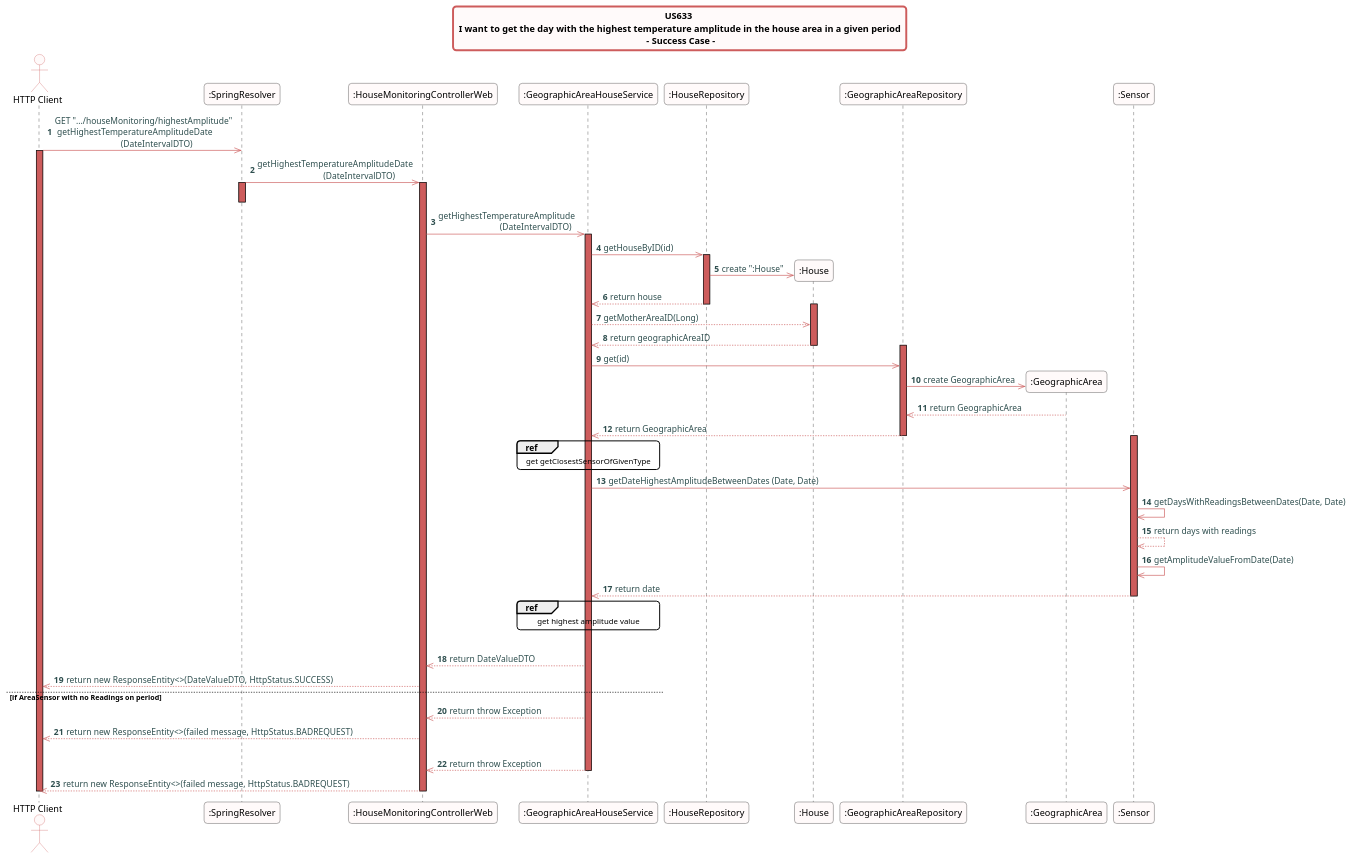
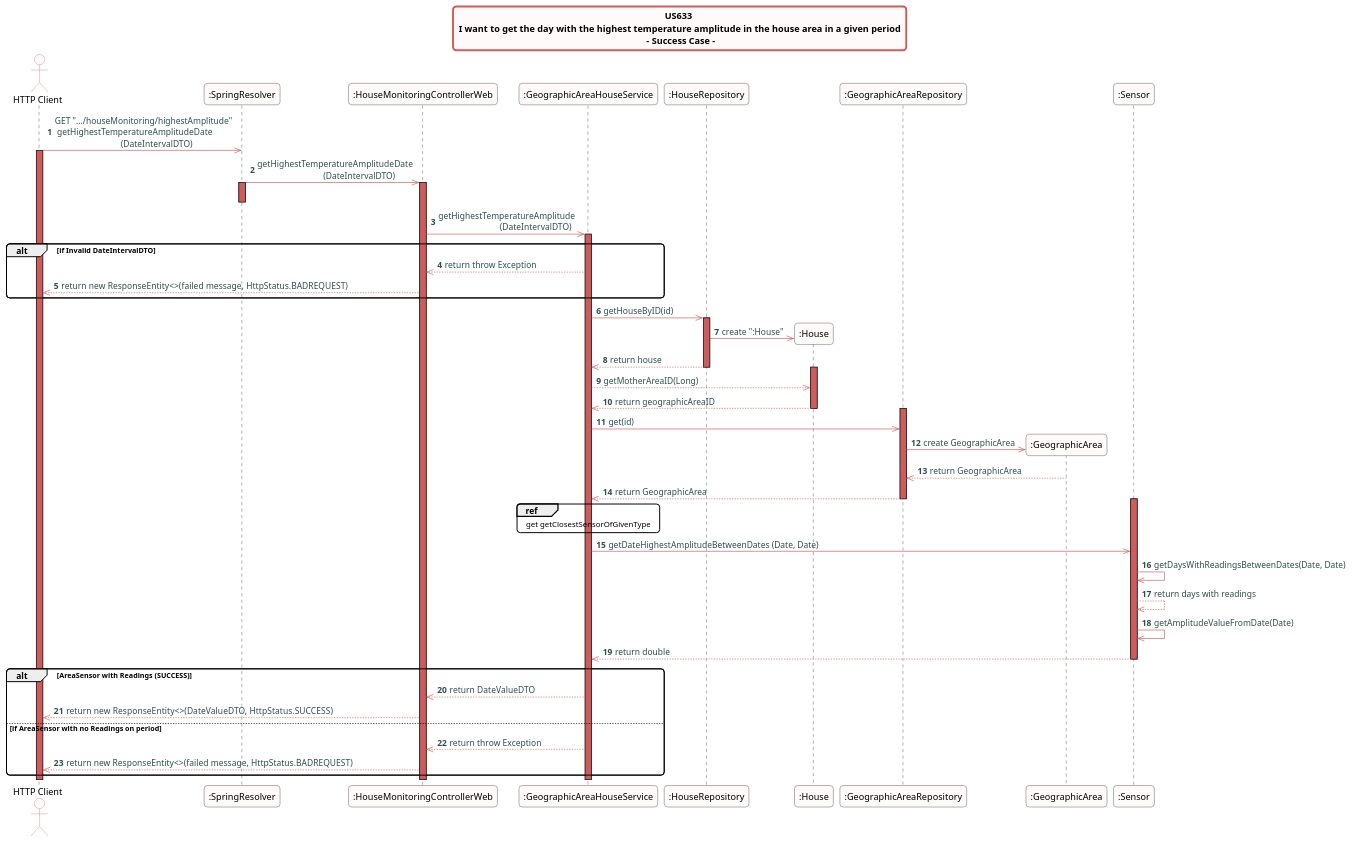
The diagram in src/doc/WEB_Controllers/HouseMonitoring/US633/US633_sd_HouseMonitoring.puml (Almadanmp/project), drawn with PlantUML before and after one commit.

Commit message:
REF #372 updates sequence Diagram - US633

```diff
--- a/src/doc/WEB_Controllers/HouseMonitoring/US633/US633_sd_HouseMonitoring.puml
+++ b/src/doc/WEB_Controllers/HouseMonitoring/US633/US633_sd_HouseMonitoring.puml
@@ -1,88 +1,86 @@
 @startuml
 skinparam titleBorderRoundCorner 10
 skinparam titleBorderThickness 3
 skinparam titleBorderColor indianred
 skinparam titleBackgroundColor snow
 skinparam FontName quicksand
 
 skinparam actor {
   BorderColor indianred
   backgroundColor Snow
   }
 
 skinparam sequence {
   LifeLineBackgroundColor indianred
   ParticipantBackgroundColor snow
 }
 
 skinparam roundcorner 10
 
 skinparam component {
   arrowThickness 1
   ArrowFontName Verdana
   ArrowColor indianred
   ArrowFontColor darkslategrey
 }
 
 
 title US633 \n I want to get the day with the highest temperature amplitude in the house area in a given period \n - Success Case -
 
 autonumber
 
 actor "HTTP Client"
 
 
 "HTTP Client" ->> ":SpringResolver":  GET ".../houseMonitoring/highestAmplitude" \n getHighestTemperatureAmplitudeDate \n                              (DateIntervalDTO)
 activate "HTTP Client"
 ":SpringResolver" ->> ":HouseMonitoringControllerWeb": getHighestTemperatureAmplitudeDate \n                              (DateIntervalDTO)
 activate ":SpringResolver"
 activate ":HouseMonitoringControllerWeb"
 deactivate ":SpringResolver"
 ":HouseMonitoringControllerWeb" ->> ":GeographicAreaHouseService": getHighestTemperatureAmplitude \n                            (DateIntervalDTO)
 activate ":GeographicAreaHouseService"
+alt if Invalid DateIntervalDTO
+":GeographicAreaHouseService" -->> ":HouseMonitoringControllerWeb": return throw Exception
+":HouseMonitoringControllerWeb" -->> "HTTP Client": return  new ResponseEntity<>(failed message, HttpStatus.BADREQUEST)
+end
 ":GeographicAreaHouseService" ->> ":HouseRepository": getHouseByID(id)
 create ":House"
 activate ":HouseRepository"
 
 ":HouseRepository" ->> ":House" : create ":House"
 ":HouseRepository" -->> ":GeographicAreaHouseService": return house
 deactivate ":HouseRepository"
 activate ":House"
 ":GeographicAreaHouseService" -->> ":House": getMotherAreaID(Long)
 ":House" -->> ":GeographicAreaHouseService": return geographicAreaID
 deactivate ":House"
 activate ":GeographicAreaRepository"
 ":GeographicAreaHouseService" ->> ":GeographicAreaRepository": get(id)
 create ":GeographicArea"
 ":GeographicAreaRepository" ->> ":GeographicArea": create GeographicArea
 ":GeographicArea" -->> ":GeographicAreaRepository": return GeographicArea
 ":GeographicAreaRepository" -->> ":GeographicAreaHouseService": return GeographicArea
 deactivate ":GeographicAreaRepository"
 ref over ":GeographicAreaHouseService"
 get getClosestSensorOfGivenType
 end ref
 activate ":Sensor"
 ":GeographicAreaHouseService" ->> ":Sensor": getDateHighestAmplitudeBetweenDates (Date, Date)
 ":Sensor"->>":Sensor": getDaysWithReadingsBetweenDates(Date, Date)
 ":Sensor"-->>":Sensor": return days with readings
 ":Sensor"->>":Sensor": getAmplitudeValueFromDate(Date)
-":Sensor" -->> ":GeographicAreaHouseService": return date
+":Sensor" -->> ":GeographicAreaHouseService": return double
 deactivate ":Sensor"
-ref over ":GeographicAreaHouseService"
-get highest amplitude value
-end ref
 
 alt AreaSensor with Readings (SUCCESS)
 ":GeographicAreaHouseService" -->> ":HouseMonitoringControllerWeb": return DateValueDTO
 ":HouseMonitoringControllerWeb" -->> "HTTP Client": return  new ResponseEntity<>(DateValueDTO, HttpStatus.SUCCESS)
 else if AreaSensor with no Readings on period
 ":GeographicAreaHouseService" -->> ":HouseMonitoringControllerWeb": return throw Exception
 ":HouseMonitoringControllerWeb" -->> "HTTP Client": return  new ResponseEntity<>(failed message, HttpStatus.BADREQUEST)
-else if Malformed date input
-":GeographicAreaHouseService" -->> ":HouseMonitoringControllerWeb": return throw Exception
+end
 deactivate ":GeographicAreaHouseService"
-":HouseMonitoringControllerWeb" -->> "HTTP Client": return  new ResponseEntity<>(failed message, HttpStatus.BADREQUEST)
-
 deactivate ":HouseMonitoringControllerWeb"
 deactivate "HTTP Client"
 @enduml
```
